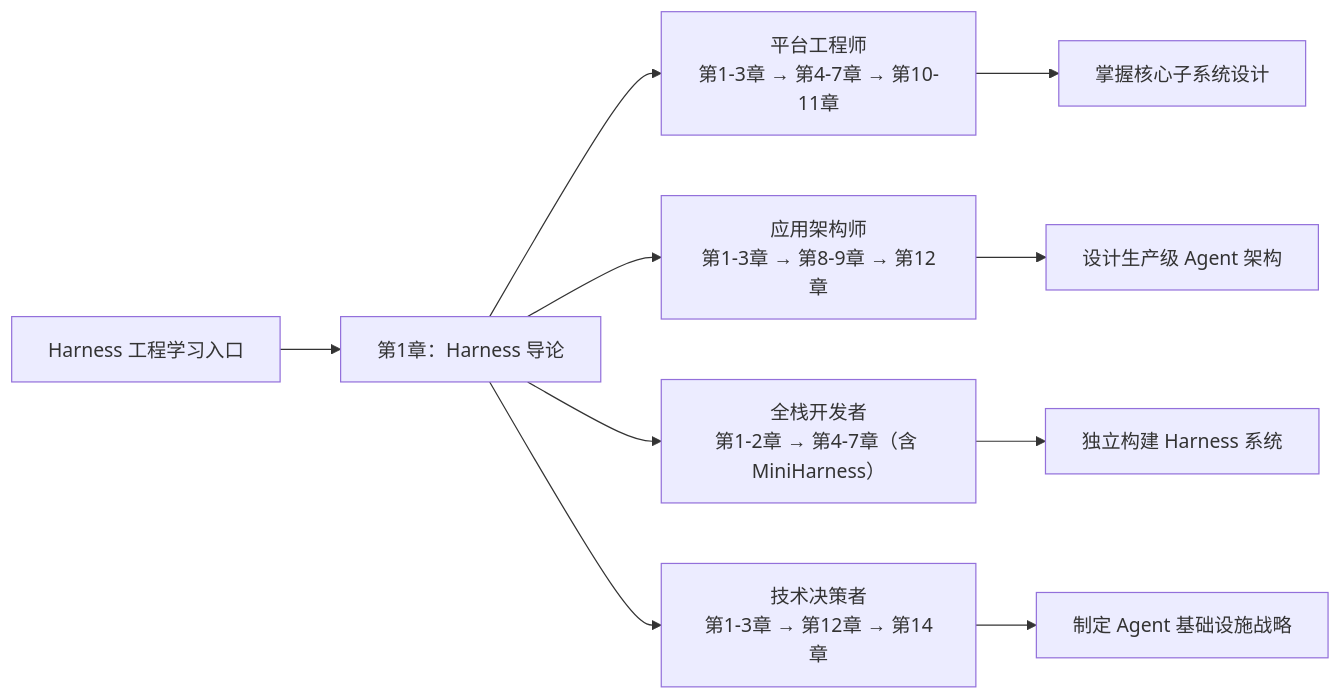
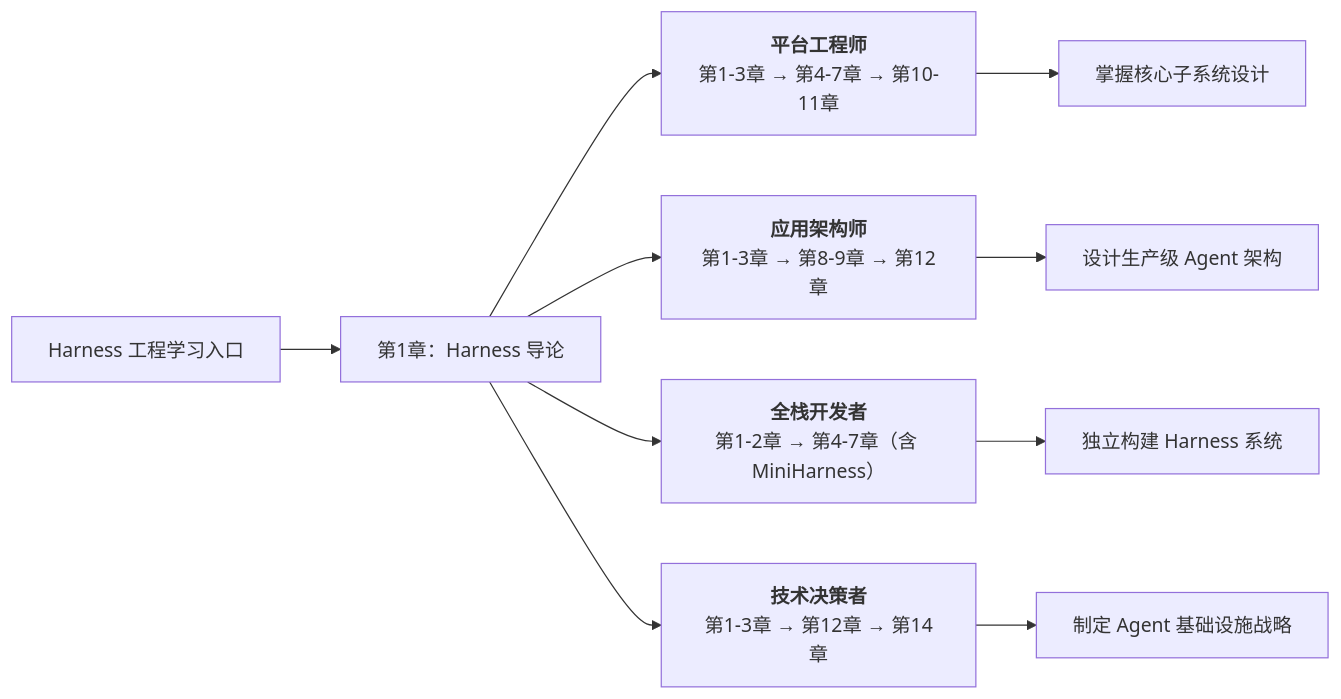
Before and after one commit to yeasy/harness_engineering_guide: the diagram in README.md, drawn with Mermaid. The commit also changed 26 other files, not shown here.

Commit message:
Add bold titles to Mermaid diagram nodes

````diff
--- a/README.md
+++ b/README.md
@@ -64,14 +64,14 @@
 ```mermaid
 graph LR
     Start[Harness 工程学习入口] --> Ch1[第1章：Harness 导论]
 
-    Ch1 --> Role1["平台工程师<br/>第1-3章 → 第4-7章 → 第10-11章"]
-    Ch1 --> Role2["应用架构师<br/>第1-3章 → 第8-9章 → 第12章"]
-    Ch1 --> Role3["全栈开发者<br/>第1-2章 → 第4-7章（含 MiniHarness）"]
-    Ch1 --> Role4["技术决策者<br/>第1-3章 → 第12章 → 第14章"]
+    Ch1 --> Role1["<b>平台工程师</b><br/>第1-3章 → 第4-7章 → 第10-11章"]
+    Ch1 --> Role2["<b>应用架构师</b><br/>第1-3章 → 第8-9章 → 第12章"]
+    Ch1 --> Role3["<b>全栈开发者</b><br/>第1-2章 → 第4-7章（含 MiniHarness）"]
+    Ch1 --> Role4["<b>技术决策者</b><br/>第1-3章 → 第12章 → 第14章"]
 
     Role1 --> End1["掌握核心子系统设计"]
     Role2 --> End2["设计生产级 Agent 架构"]
     Role3 --> End3["独立构建 Harness 系统"]
     Role4 --> End4["制定 Agent 基础设施战略"]
 ```
````
